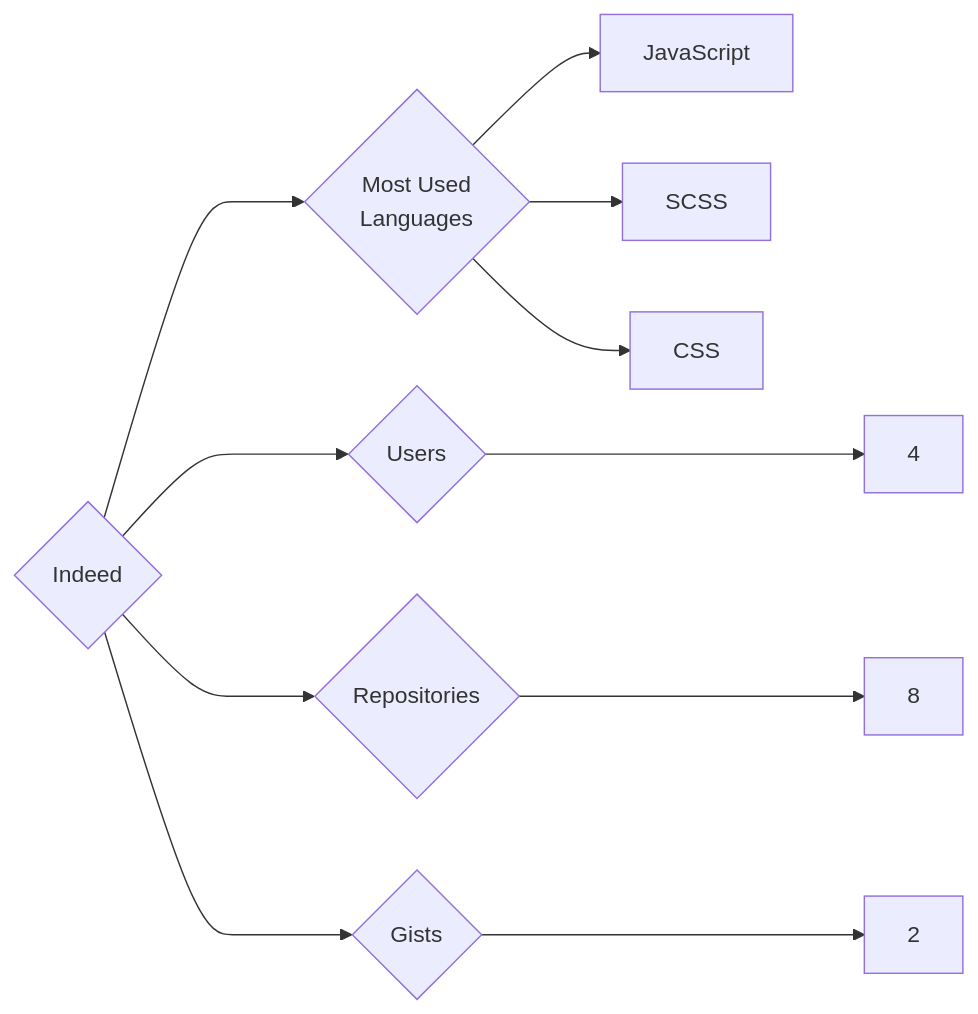
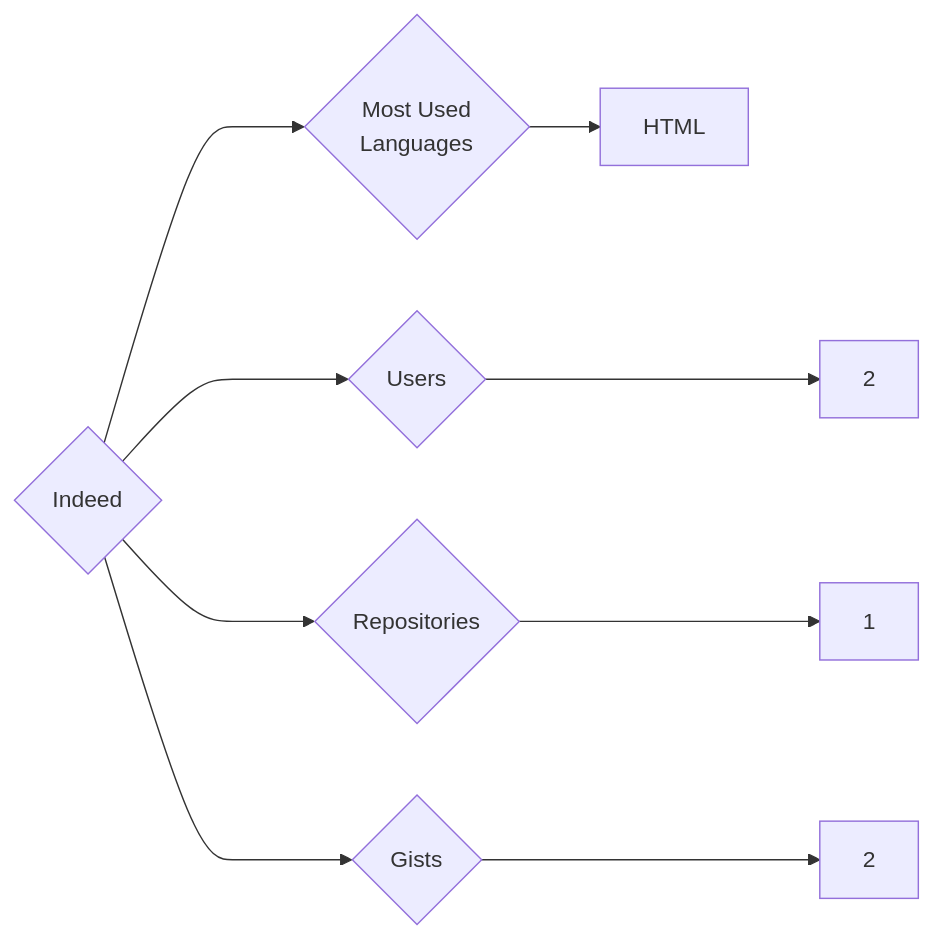
One commit to trickest/insiders changed the diagram in targets/Indeed/README.md. Above: the diagram before and after it, drawn with Mermaid. The commit also changed 872 other files, not shown here.

````diff
--- a/targets/Indeed/README.md
+++ b/targets/Indeed/README.md
@@ -3,11 +3,9 @@
 ```mermaid
 graph LR
 COMPANY_NAME{Indeed}
-COMPANY_NAME ---> U{Users} ---> UN[4]
-COMPANY_NAME ---> R{Repositories} ---> RN[8]
+COMPANY_NAME ---> U{Users} ---> UN[2]
+COMPANY_NAME ---> R{Repositories} ---> RN[1]
 COMPANY_NAME ---> G{Gists} ---> GN[2]
 COMPANY_NAME ---> ML{Most Used<br>Languages}
-ML --> JavaScript[JavaScript]
-ML --> SCSS[SCSS]
-ML --> CSS[CSS]
+ML --> HTML[HTML]
 ```
````
